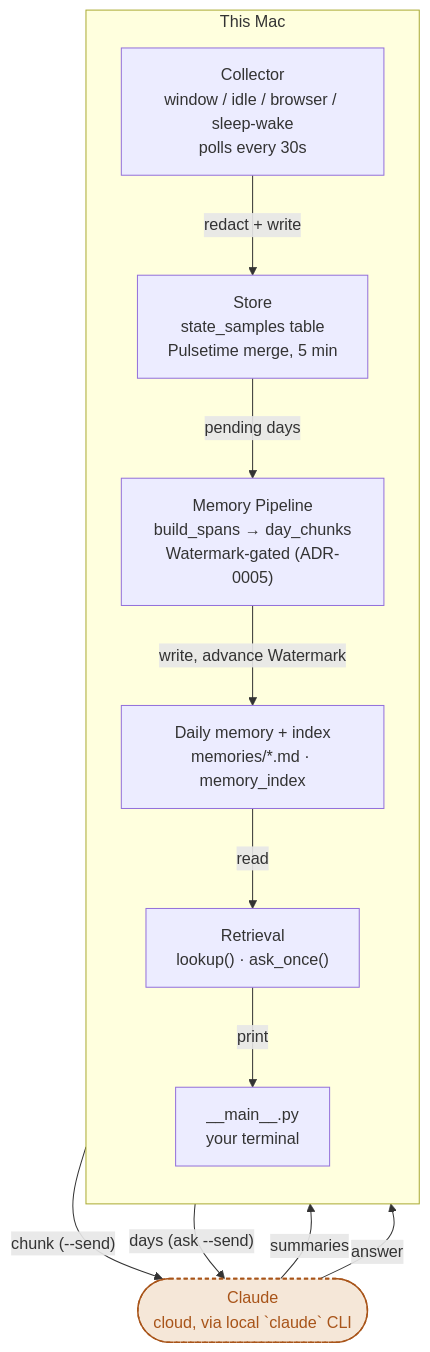
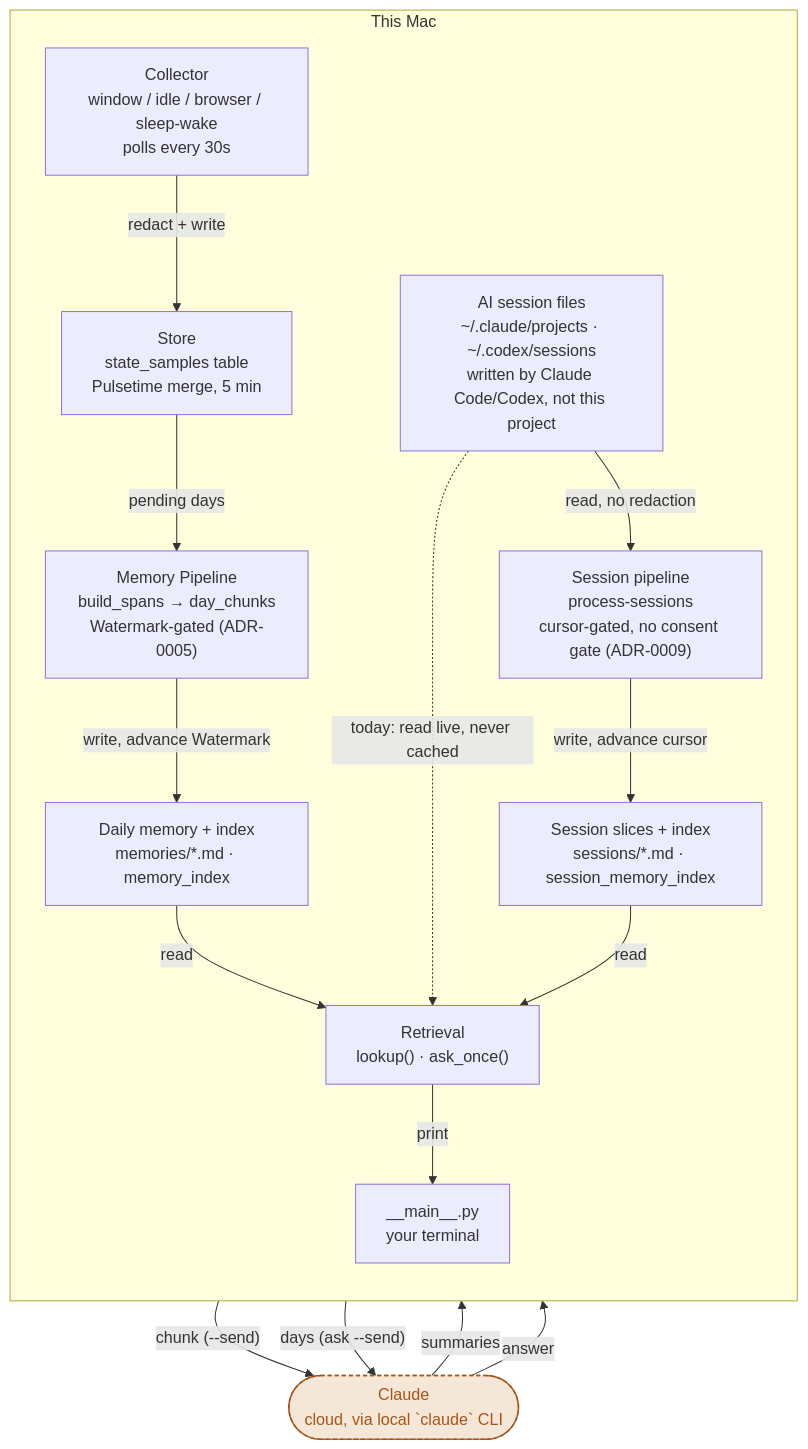
The second of 3 diagrams in README.md (Haro3573/computer_history_local-CLI-use), drawn with Mermaid before and after one commit. The commit also changed other lines of this file and 5 other files, not shown here.

````diff
--- a/README.md
+++ b/README.md
@@ -54,26 +60,33 @@
 ```mermaid
 flowchart TD
     subgraph Mac["This Mac"]
         direction TB
         Collector["Collector<br/>window / idle / browser / sleep-wake<br/>polls every 30s"]
         Store["Store<br/>state_samples table<br/>Pulsetime merge, 5 min"]
         Pipeline["Memory Pipeline<br/>build_spans → day_chunks<br/>Watermark-gated (ADR-0005)"]
         Files["Daily memory + index<br/>memories/*.md · memory_index"]
+        AISessions["AI session files<br/>~/.claude/projects · ~/.codex/sessions<br/>written by Claude Code/Codex, not this project"]
+        SessionPipeline["Session pipeline<br/>process-sessions<br/>cursor-gated, no consent gate (ADR-0009)"]
+        SessionFiles["Session slices + index<br/>sessions/*.md · session_memory_index"]
         Retrieval["Retrieval<br/>lookup() · ask_once()"]
         CLI["__main__.py<br/>your terminal"]
 
         Collector -->|redact + write| Store
         Store -->|pending days| Pipeline
         Pipeline -->|write, advance Watermark| Files
         Files -->|read| Retrieval
+        AISessions -->|read, no redaction| SessionPipeline
+        AISessions -.->|today: read live, never cached| Retrieval
+        SessionPipeline -->|write, advance cursor| SessionFiles
+        SessionFiles -->|read| Retrieval
         Retrieval -->|print| CLI
     end
 
     Cloud(["Claude<br/>cloud, via local `claude` CLI"]):::transfer
     Pipeline -->|"chunk (--send)"| Cloud
     Cloud -->|summaries| Pipeline
     Retrieval -->|"days (ask --send)"| Cloud
     Cloud -->|answer| Retrieval
 
     classDef transfer fill:#f5e7d8,stroke:#a85419,color:#a85419,stroke-width:1.5px,stroke-dasharray: 4 3;
 ```
````
